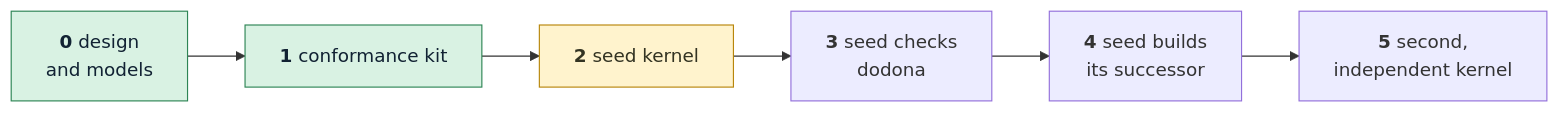
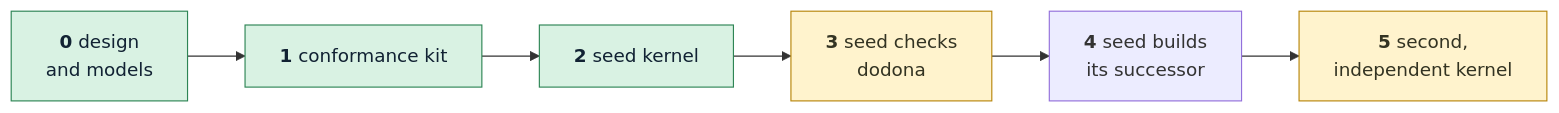
The fifth of 5 diagrams in README.md (sloik/dodona), drawn with Mermaid before and after one commit. The commit also changed other lines of this file and 5 other files, not shown here.

````diff
--- a/README.md
+++ b/README.md
@@ -153,8 +154,8 @@
 ```mermaid
 flowchart LR
     S0["<b>0</b> design<br/>and models"] --> S1["<b>1</b> conformance kit"] --> S2["<b>2</b> seed kernel"] --> S3["<b>3</b> seed checks<br/>dodona"] --> S4["<b>4</b> seed builds<br/>its successor"] --> S5["<b>5</b> second,<br/>independent kernel"]
     classDef done fill:#d9f2e3,stroke:#2e8555,color:#123
     classDef now fill:#fff3cd,stroke:#b8860b,color:#332
-    class S0,S1 done
-    class S2 now
+    class S0,S1,S2 done
+    class S3,S5 now
 ```
````
